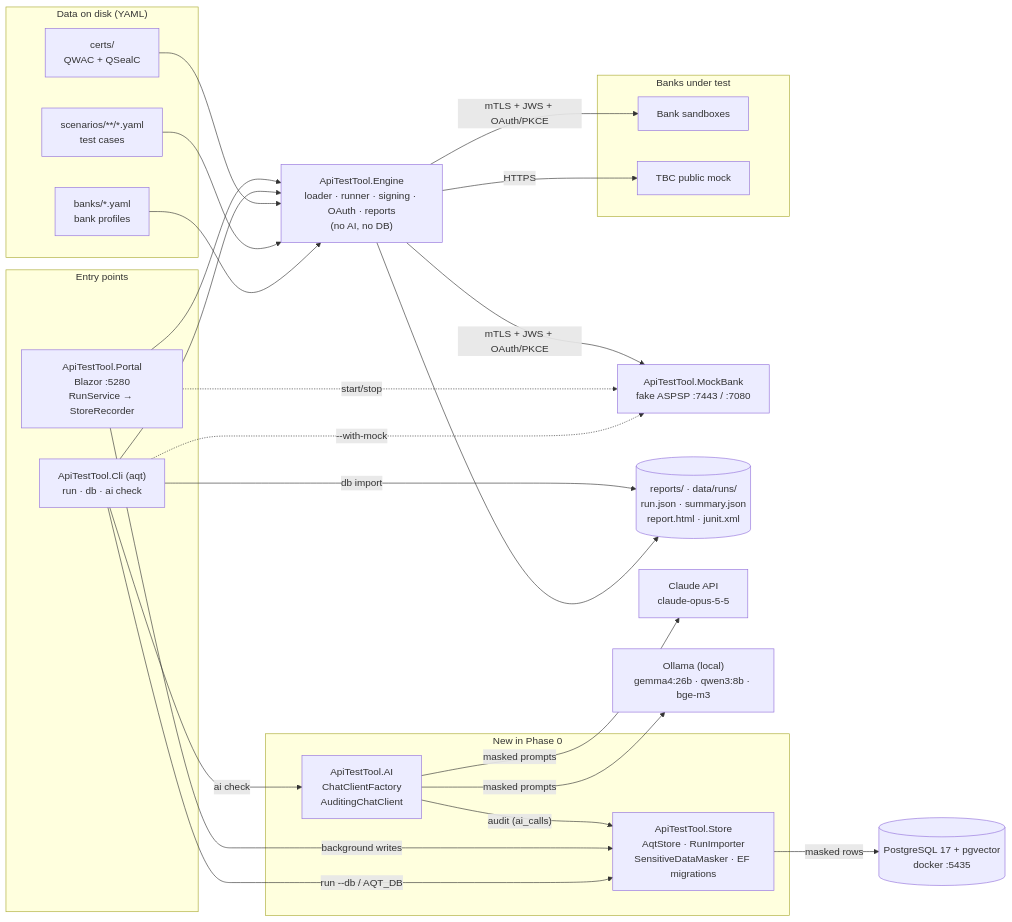
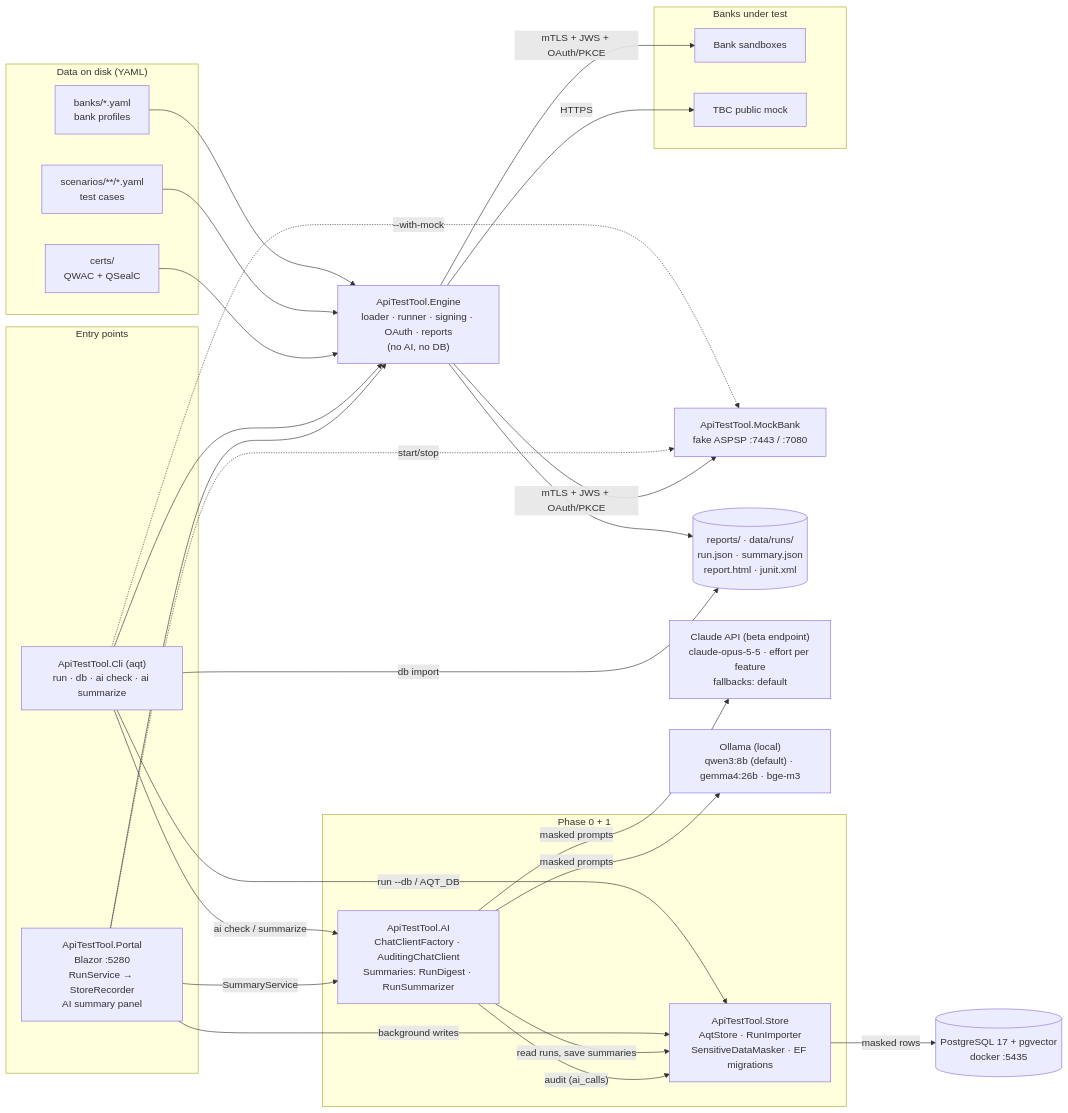
The first of 5 diagrams in ARCHITECTURE.md (levan-petrosiani/Aurasoft-Monitoring), drawn with Mermaid before and after one commit. The commit also changed other lines of this file and 40 other files, not shown here.

First line of the commit message:
Phase 1: AI run summaries (triage)

````diff
--- a/ARCHITECTURE.md
+++ b/ARCHITECTURE.md
@@ -11,49 +12,51 @@
 ```mermaid
 flowchart LR
     subgraph Inputs["Data on disk (YAML)"]
         Banks["banks/*.yaml<br/>bank profiles"]
         Scen["scenarios/**/*.yaml<br/>test cases"]
         Certs["certs/<br/>QWAC + QSealC"]
     end
 
     subgraph Hosts["Entry points"]
-        Cli["ApiTestTool.Cli (aqt)<br/>run · db · ai check"]
-        Portal["ApiTestTool.Portal<br/>Blazor :5280<br/>RunService → StoreRecorder"]
+        Cli["ApiTestTool.Cli (aqt)<br/>run · db · ai check · ai summarize"]
+        Portal["ApiTestTool.Portal<br/>Blazor :5280<br/>RunService → StoreRecorder<br/>AI summary panel"]
     end
 
     Engine["ApiTestTool.Engine<br/>loader · runner · signing · OAuth · reports<br/>(no AI, no DB)"]
     Mock["ApiTestTool.MockBank<br/>fake ASPSP :7443 / :7080"]
 
-    subgraph New["New in Phase 0"]
+    subgraph New["Phase 0 + 1"]
         Store["ApiTestTool.Store<br/>AqtStore · RunImporter<br/>SensitiveDataMasker · EF migrations"]
-        AI["ApiTestTool.AI<br/>ChatClientFactory<br/>AuditingChatClient"]
+        AI["ApiTestTool.AI<br/>ChatClientFactory · AuditingChatClient<br/>Summaries: RunDigest · RunSummarizer"]
     end
 
     subgraph Targets["Banks under test"]
         Real["Bank sandboxes"]
         TbcMock["TBC public mock"]
     end
 
     Files[("reports/ · data/runs/<br/>run.json · summary.json<br/>report.html · junit.xml")]
     PG[("PostgreSQL 17 + pgvector<br/>docker :5435")]
-    Claude["Claude API<br/>claude-opus-5-5"]
-    Ollama["Ollama (local)<br/>gemma4:26b · qwen3:8b · bge-m3"]
+    Claude["Claude API (beta endpoint)<br/>claude-opus-5-5 · effort per feature<br/>fallbacks: default"]
+    Ollama["Ollama (local)<br/>qwen3:8b (default) · gemma4:26b · bge-m3"]
 
     Banks & Scen & Certs --> Engine
     Cli --> Engine
     Portal --> Engine
     Cli -. "--with-mock" .-> Mock
     Portal -. "start/stop" .-> Mock
     Engine -- "mTLS + JWS + OAuth/PKCE" --> Mock & Real
     Engine -- HTTPS --> TbcMock
     Engine --> Files
 
     Cli -- "run --db / AQT_DB" --> Store
     Cli -- "db import" --> Files
     Portal -- "background writes" --> Store
     Store -- "masked rows" --> PG
-    Cli -- "ai check" --> AI
+    Cli -- "ai check / summarize" --> AI
+    Portal -- "SummaryService" --> AI
+    AI -- "read runs, save summaries" --> Store
     AI -- "masked prompts" --> Claude
     AI -- "masked prompts" --> Ollama
     AI -- "audit (ai_calls)" --> Store
 ```
````
